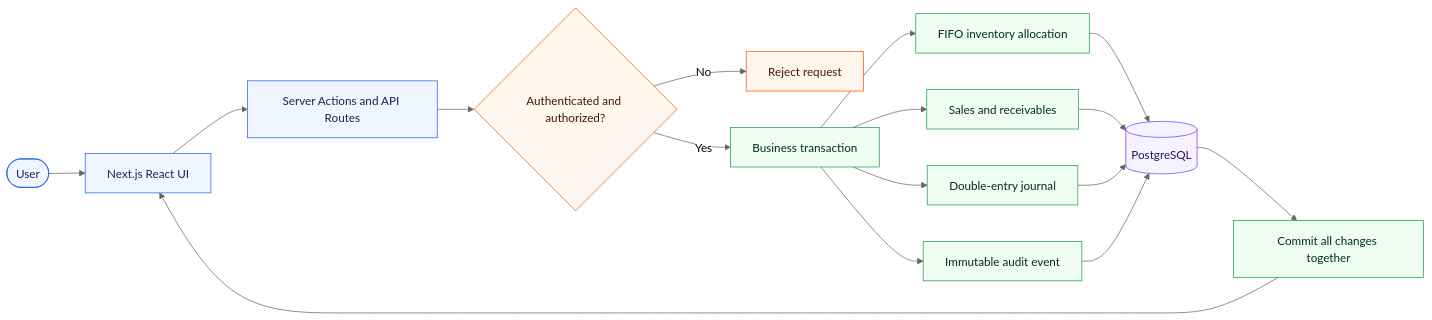
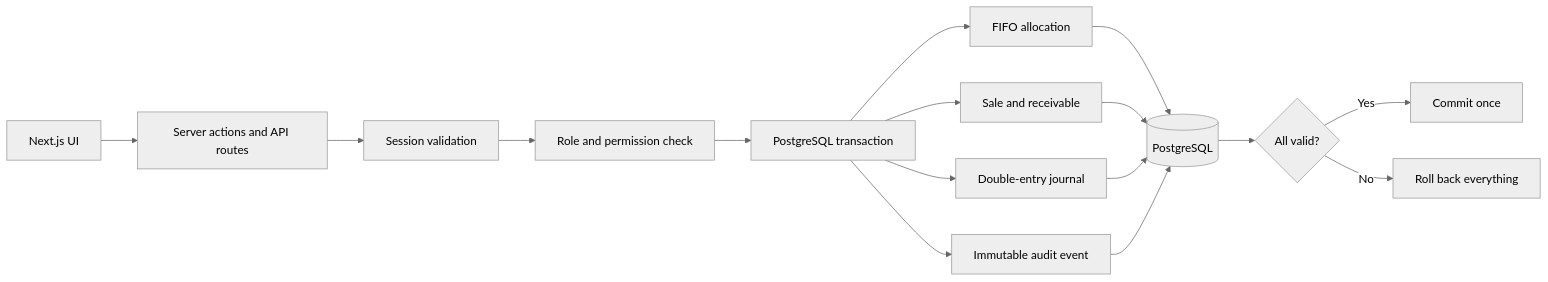
One commit to kashnordeen/GramFlow changed the first of 2 diagrams in README.md. Above: the diagram before and after it, drawn with Mermaid (neutral theme). The commit also changed other lines of this file and 4 other files, not shown here.

````diff
--- a/README.md
+++ b/README.md
@@ -35,30 +59,21 @@
 ```mermaid
 flowchart LR
-    User([User]) --> UI[Next.js React UI]
-    UI --> Boundary[Server Actions and API Routes]
-    Boundary --> Auth{Authenticated and authorized?}
-    Auth -- No --> Denied[Reject request]
-    Auth -- Yes --> Transaction[Business transaction]
+    Browser[Next.js UI] --> Boundary[Server actions and API routes]
+    Boundary --> Session[Session validation]
+    Session --> RBAC[Role and permission check]
+    RBAC --> Tx[PostgreSQL transaction]
 
-    Transaction --> FIFO[FIFO inventory allocation]
-    Transaction --> Sales[Sales and receivables]
-    Transaction --> Ledger[Double-entry journal]
-    Transaction --> Audit[Immutable audit event]
+    Tx --> FIFO[FIFO allocation]
+    Tx --> Sales[Sale and receivable]
+    Tx --> Ledger[Double-entry journal]
+    Tx --> Audit[Immutable audit event]
 
     FIFO --> DB[(PostgreSQL)]
     Sales --> DB
     Ledger --> DB
     Audit --> DB
 
-    DB --> Result[Commit all changes together]
-    Result --> UI
-
-    classDef entry fill:#eff6ff,stroke:#2563eb,color:#172554;
-    classDef security fill:#fff7ed,stroke:#ea580c,color:#431407;
-    classDef service fill:#f0fdf4,stroke:#16a34a,color:#052e16;
-    classDef data fill:#f5f3ff,stroke:#7c3aed,color:#2e1065;
-    class User,UI,Boundary entry;
-    class Auth,Denied security;
-    class Transaction,FIFO,Sales,Ledger,Audit,Result service;
-    class DB data;
+    DB --> Commit{All valid?}
+    Commit -- Yes --> Done[Commit once]
+    Commit -- No --> Rollback[Roll back everything]
 ```
````
